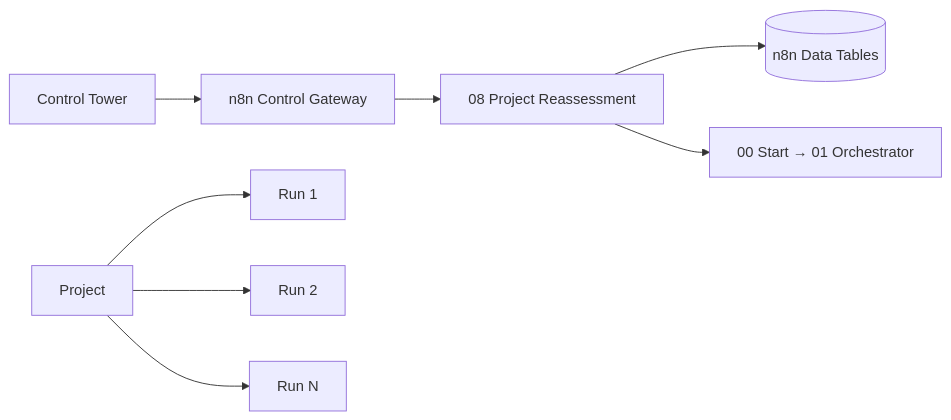
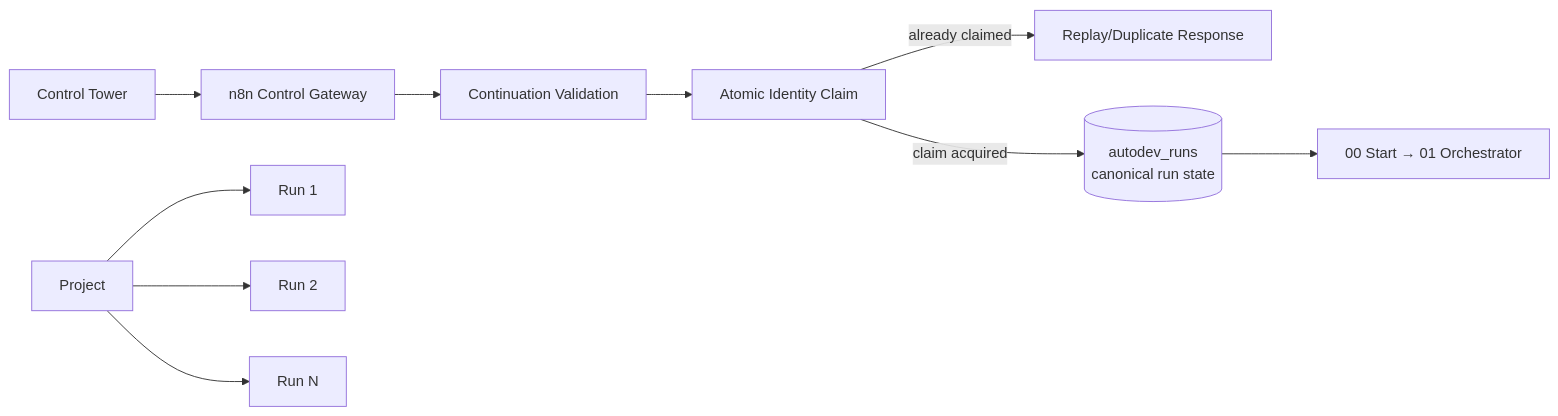
The diagram in README.md (xxammaxx/Morpheus_workflow), drawn with Mermaid before and after one commit. The commit also changed 9 other files, not shown here.

Commit message:
fix(n8n): make continuation claim atomic

````diff
--- a/README.md
+++ b/README.md
@@ -31,10 +31,12 @@
 ```mermaid
 flowchart LR
   CT[Control Tower] --> GW[n8n Control Gateway]
-  GW --> RA[08 Project Reassessment]
-  RA --> DT[(n8n Data Tables)]
-  RA --> START[00 Start → 01 Orchestrator]
+  GW --> CV[Continuation Validation]
+  CV --> AC[Atomic Identity Claim]
+  AC -->|already claimed| RP[Replay/Duplicate Response]
+  AC -->|claim acquired| DT[(autodev_runs<br/>canonical run state)]
+  DT --> START[00 Start → 01 Orchestrator]
   P[Project] --> R1[Run 1]
   P --> R2[Run 2]
   P --> RN[Run N]
 ```
````
